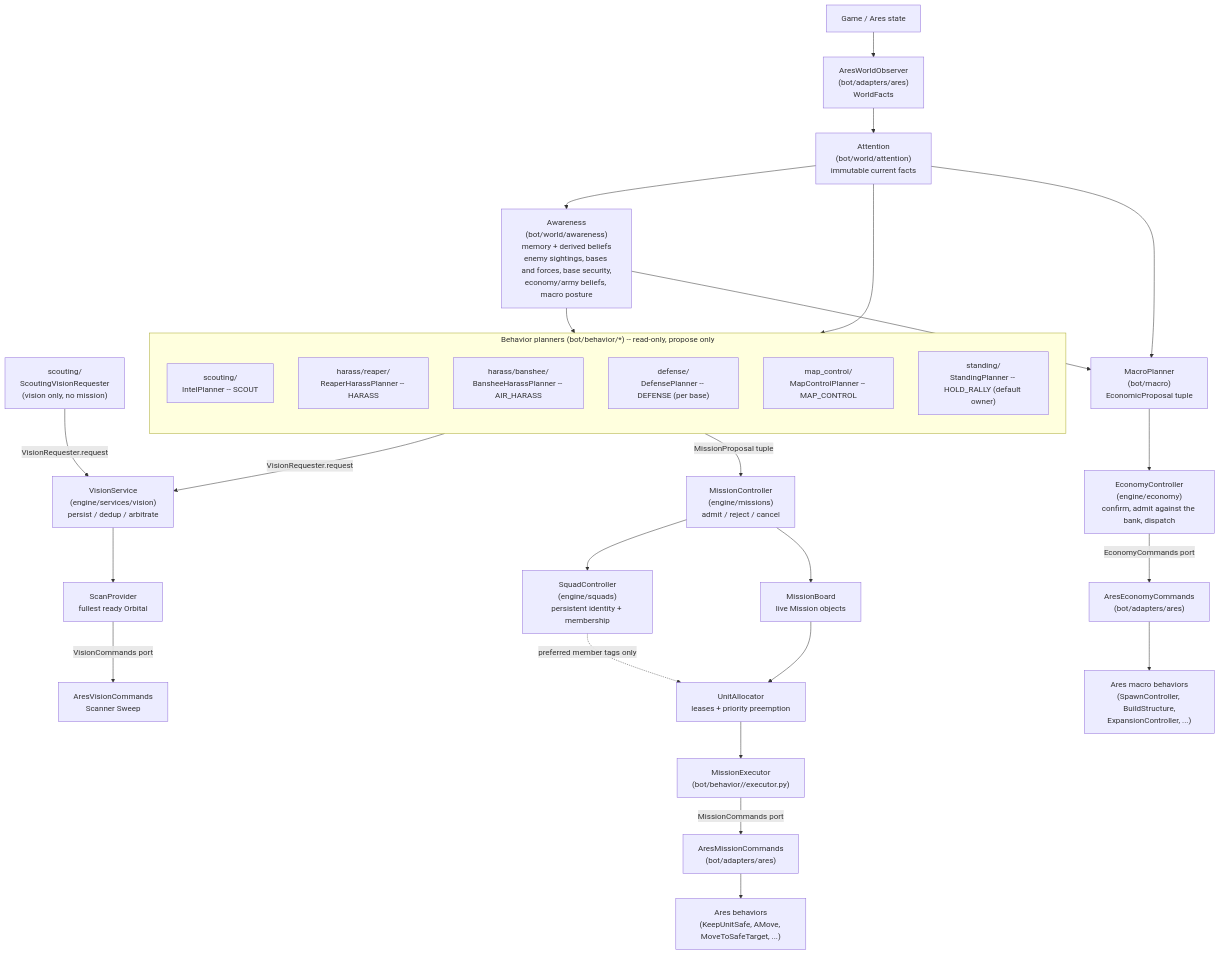
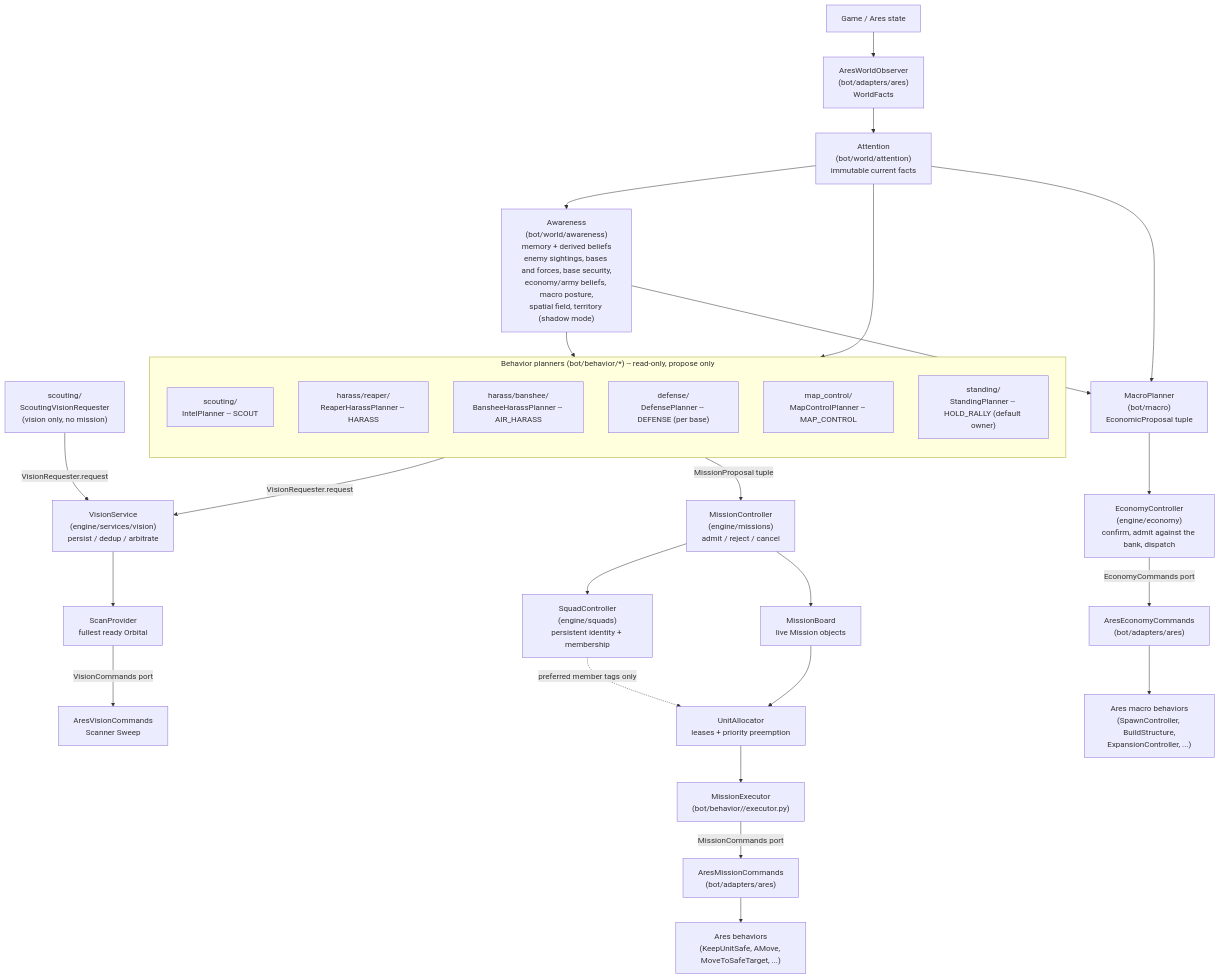
The diagram in _botdev/architecture/overview.md (LeonardoSilvestrin/sc2bot), drawn with Mermaid before and after one commit. The commit also changed other lines of this file and 24 other files, not shown here.

````diff
--- a/_botdev/architecture/overview.md
+++ b/_botdev/architecture/overview.md
@@ -18,40 +18,40 @@
 ```mermaid
 flowchart TD
     Game["Game / Ares state"] --> Observer["AresWorldObserver\n(bot/adapters/ares)\nWorldFacts"]
     Observer --> Attention["Attention\n(bot/world/attention)\nimmutable current facts"]
-    Attention --> Awareness["Awareness\n(bot/world/awareness)\nmemory + derived beliefs\nenemy sightings, bases and forces, base security,\neconomy/army beliefs, macro posture"]
+    Attention --> Awareness["Awareness\n(bot/world/awareness)\nmemory + derived beliefs\nenemy sightings, bases and forces, base security,\neconomy/army beliefs, macro posture,\nspatial field, territory (shadow mode)"]
 
     Awareness --> Planners
     Attention --> Planners
 
     subgraph Planners["Behavior planners (bot/behavior/*) -- read-only, propose only"]
         direction TB
         Intel["scouting/\nIntelPlanner -- SCOUT"]
         Reaper["harass/reaper/\nReaperHarassPlanner -- HARASS"]
         Banshee["harass/banshee/\nBansheeHarassPlanner -- AIR_HARASS"]
         Defense["defense/\nDefensePlanner -- DEFENSE (per base)"]
         MapCtl["map_control/\nMapControlPlanner -- MAP_CONTROL"]
         Standing["standing/\nStandingPlanner -- HOLD_RALLY (default owner)"]
     end
 
     Vision["VisionService\n(engine/services/vision)\npersist / dedup / arbitrate"]
     ScoutVision["scouting/\nScoutingVisionRequester\n(vision only, no mission)"] -->|"VisionRequester.request"| Vision
     Defense -->|"VisionRequester.request"| Vision
     Vision --> ScanProvider["ScanProvider\nfullest ready Orbital"]
     ScanProvider -->|"VisionCommands port"| AresVision["AresVisionCommands\nScanner Sweep"]
 
     Planners -->|"MissionProposal tuple"| MC["MissionController\n(engine/missions)\nadmit / reject / cancel"]
     MC --> Squads["SquadController\n(engine/squads)\npersistent identity + membership"]
     MC --> Board["MissionBoard\nlive Mission objects"]
     Squads -.->|"preferred member tags only"| Allocator
     Board --> Allocator["UnitAllocator\nleases + priority preemption"]
     Allocator --> Executors["MissionExecutor\n(bot/behavior/<behavior>/executor.py)"]
     Executors -->|"MissionCommands port"| AresAdapter["AresMissionCommands\n(bot/adapters/ares)"]
     AresAdapter --> AresBehaviors["Ares behaviors\n(KeepUnitSafe, AMove, MoveToSafeTarget, ...)"]
 
     Awareness --> Macro["MacroPlanner\n(bot/macro)\nEconomicProposal tuple"]
     Attention --> Macro
     Macro --> EconomyCtl["EconomyController\n(engine/economy)\nconfirm, admit against the bank, dispatch"]
     EconomyCtl -->|"EconomyCommands port"| EconomyAdapter["AresEconomyCommands\n(bot/adapters/ares)"]
     EconomyAdapter --> AresMacro["Ares macro behaviors\n(SpawnController, BuildStructure,\nExpansionController, ...)"]
 ```
````
